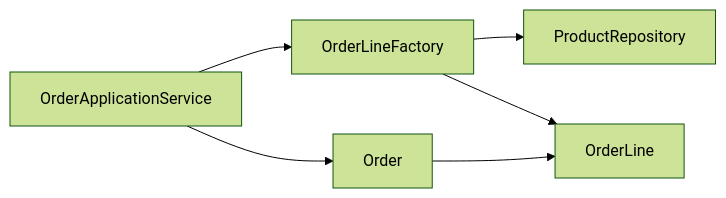
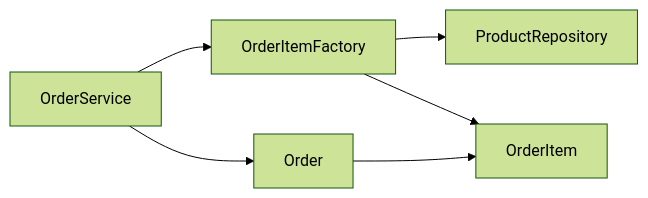
Before and after one commit to busan-bank-2026/ddd-example: the second of 2 diagrams in .projectcode/chapters/order-factory/diagrams/flow.md, drawn with Mermaid (forest theme). The commit also changed other lines of this file and 11 other files, not shown here.

First line of the commit message:
[order-factory] 수정 완료

````diff
--- a/.projectcode/chapters/order-factory/diagrams/flow.md
+++ b/.projectcode/chapters/order-factory/diagrams/flow.md
@@ -13,8 +13,8 @@
 ```mermaid
 flowchart LR
-  S[OrderApplicationService] --> F[OrderLineFactory]
+  S[OrderService] --> F[OrderItemFactory]
   F --> R[ProductRepository]
-  F --> L[OrderLine]
+  F --> L[OrderItem]
   S --> O[Order]
   O --> L
 ```
````
